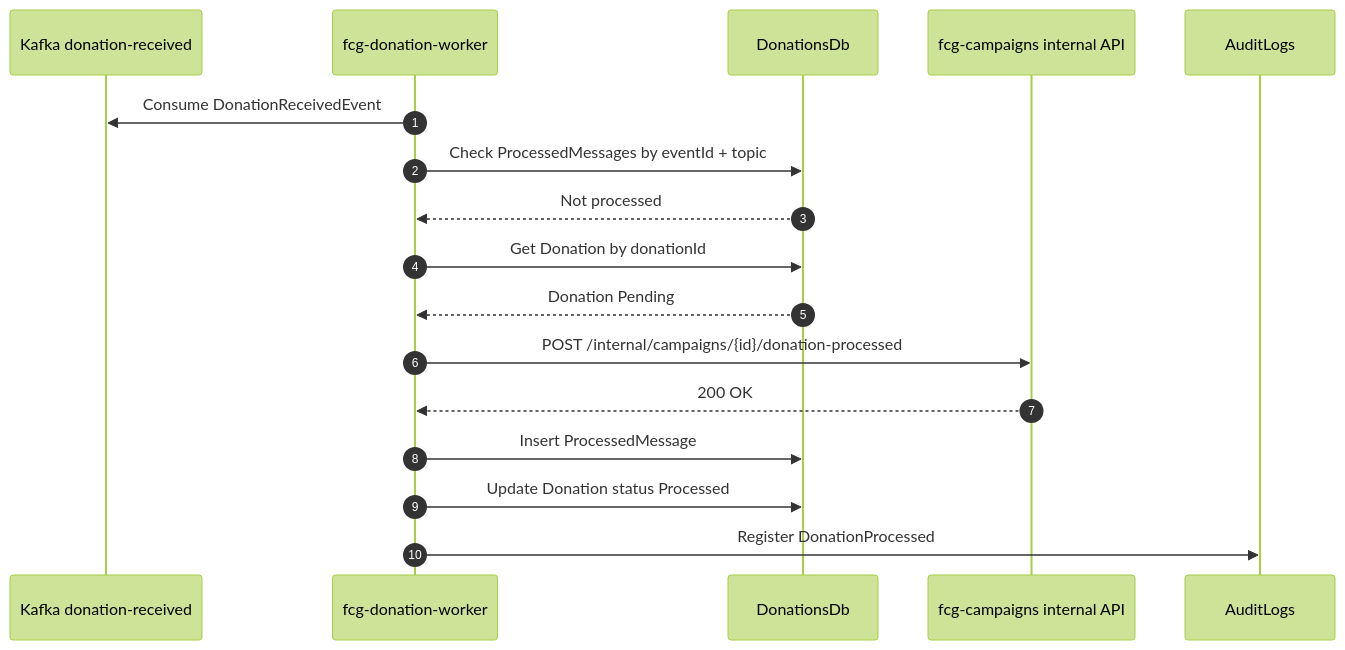
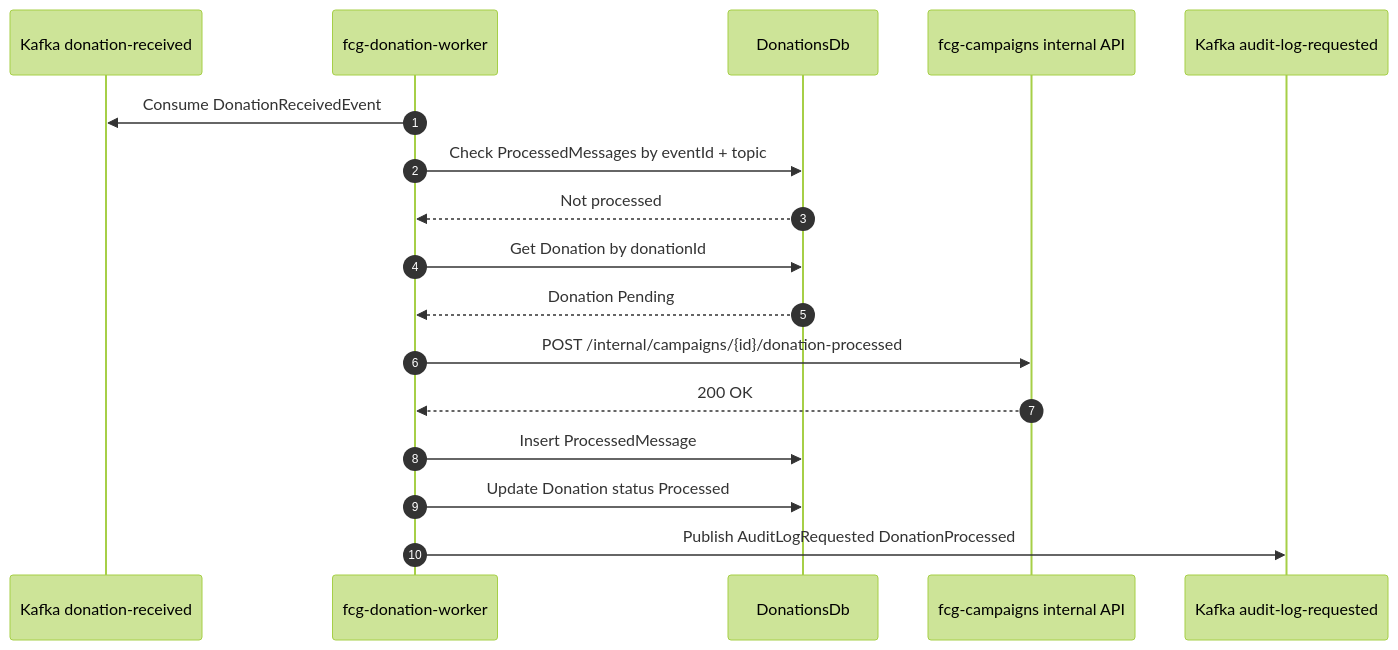
Before and after one commit to group10-tc-01/fcs-fase05-docs: diagram 27 of 30 in architecture/endpoint-flows.md, drawn with Mermaid (forest theme). The commit also changed other lines of this file and 15 other files, not shown here.

````diff
--- a/architecture/endpoint-flows.md
+++ b/architecture/endpoint-flows.md
@@ -571,20 +571,20 @@
 ```mermaid
 sequenceDiagram
     autonumber
     participant Kafka as Kafka donation-received
     participant Worker as fcg-donation-worker
     participant DonationsDb as DonationsDb
     participant CampaignsApi as fcg-campaigns internal API
-    participant Audit as AuditLogs
+    participant AuditKafka as Kafka audit-log-requested
 
     Worker->>Kafka: Consume DonationReceivedEvent
     Worker->>DonationsDb: Check ProcessedMessages by eventId + topic
     DonationsDb-->>Worker: Not processed
     Worker->>DonationsDb: Get Donation by donationId
     DonationsDb-->>Worker: Donation Pending
     Worker->>CampaignsApi: POST /internal/campaigns/{id}/donation-processed
     CampaignsApi-->>Worker: 200 OK
     Worker->>DonationsDb: Insert ProcessedMessage
     Worker->>DonationsDb: Update Donation status Processed
-    Worker->>Audit: Register DonationProcessed
+    Worker->>AuditKafka: Publish AuditLogRequested DonationProcessed
 ```
````
